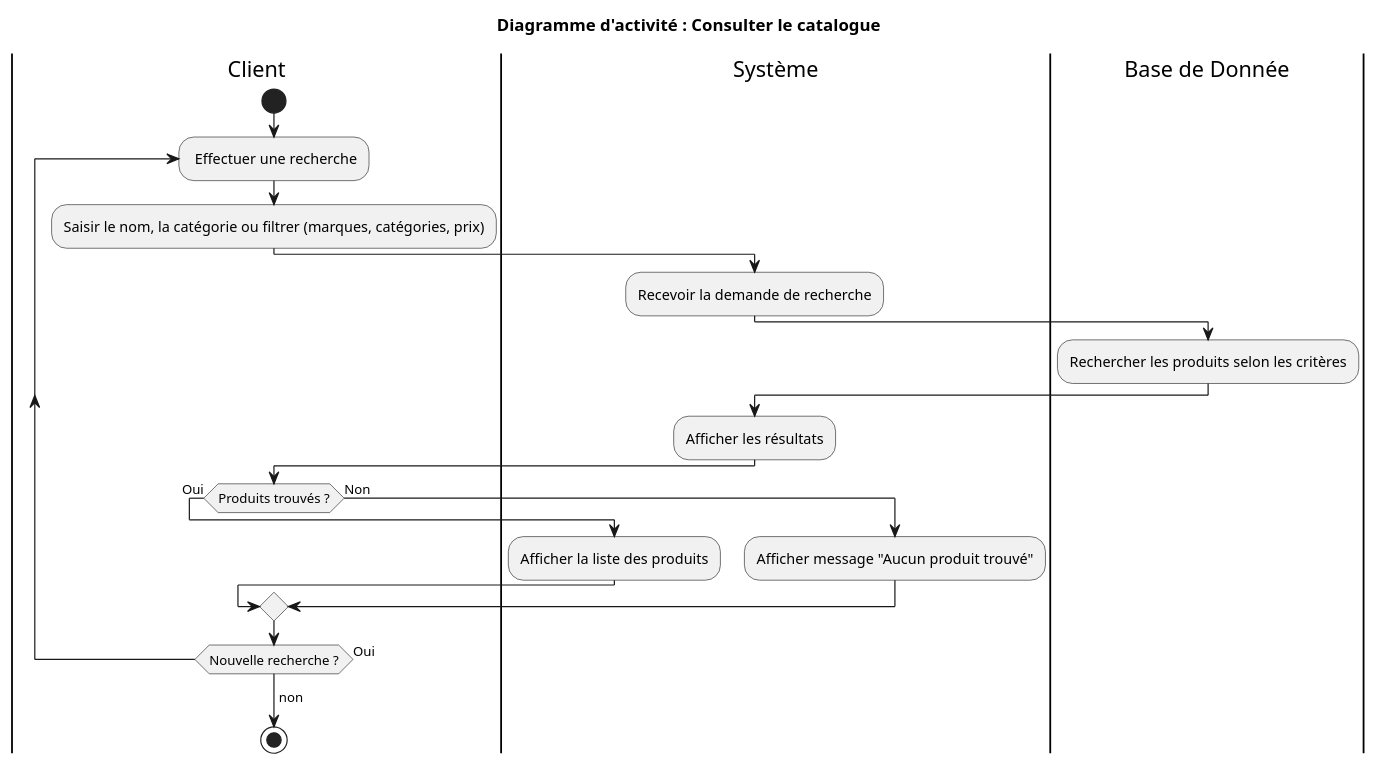
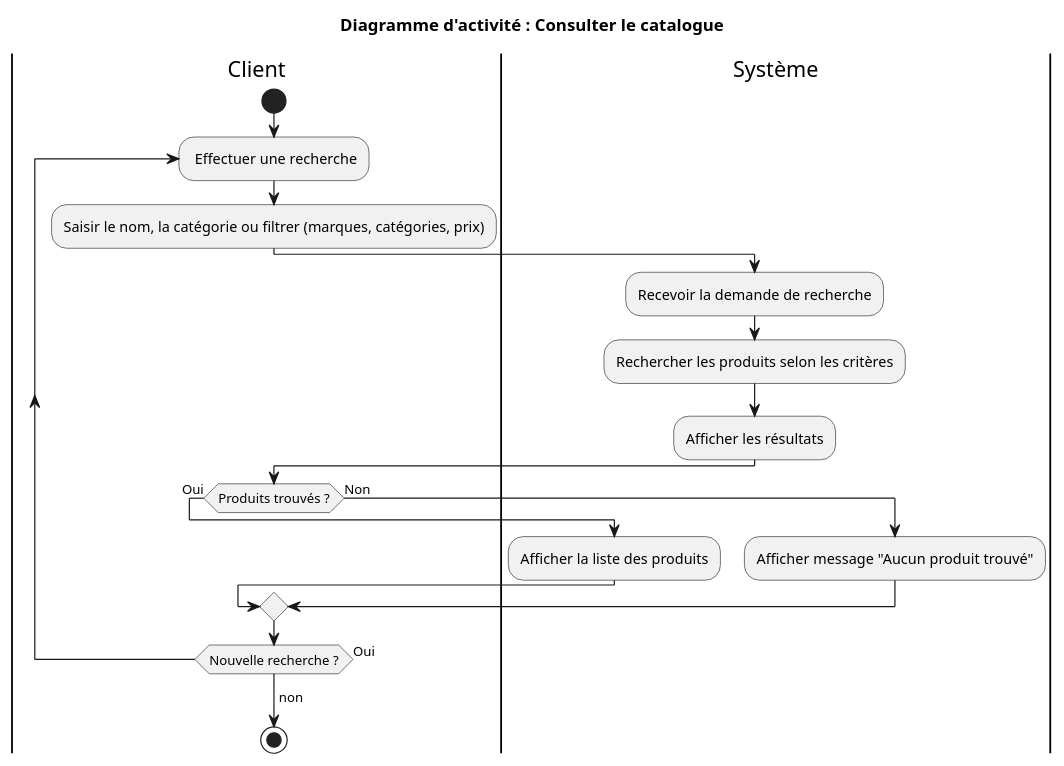
One commit to SkatDoesArt/ScentMeIFYouCan changed the diagram in Analyse/DA_swimlanes/DA_consulter_catalogue.puml. Above: the diagram before and after it, drawn with PlantUML.

```diff
--- a/Analyse/DA_swimlanes/DA_consulter_catalogue.puml
+++ b/Analyse/DA_swimlanes/DA_consulter_catalogue.puml
@@ -1,32 +1,32 @@
 @startuml
 title Diagramme d'activité : Consulter le catalogue
 
 |Client|
 |Système|
-|Base de Donnée|
+
 
 
 |Client|
 start
 repeat : Effectuer une recherche
     :Saisir le nom, la catégorie ou filtrer (marques, catégories, prix);
     |Système|
     :Recevoir la demande de recherche;
-    |Base de Donnée|
+
     :Rechercher les produits selon les critères;
     |Système|
     :Afficher les résultats;
     |Client|
     if (Produits trouvés ?) then (Oui)
         |Système|
         :Afficher la liste des produits;
     else (Non)
         |Système|
         :Afficher message "Aucun produit trouvé";
     endif
 |Client|
 repeat while (Nouvelle recherche ?) is (Oui)
     -> non;
     |Client|
     stop
 @enduml
```
